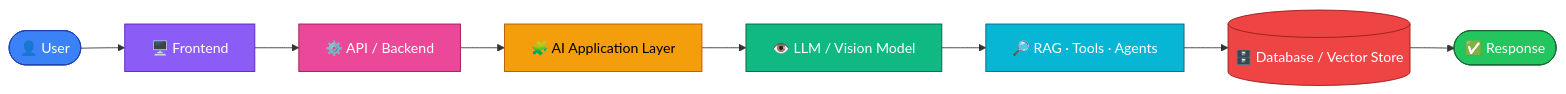
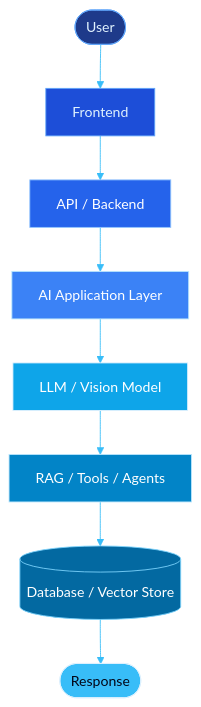
One commit to aurabydaniyal/aurabydaniyal changed the first of 3 diagrams in README.md. Above: the diagram before and after it, drawn with Mermaid. The commit also changed other lines of this file, not shown here.

````diff
--- a/README.md
+++ b/README.md
@@ -290,19 +246,20 @@
 ```mermaid
-flowchart LR
-    A([👤 User]) --> B[🖥️ Frontend]
-    B --> C[⚙️ API / Backend]
-    C --> D[🧩 AI Application Layer]
-    D --> E[👁️ LLM / Vision Model]
-    E --> F[🔎 RAG · Tools · Agents]
-    F --> G[(🗄️ Database / Vector Store)]
-    G --> H([✅ Response])
+%%{init: {'theme':'base','themeVariables':{'primaryColor':'#0B1B4D','primaryTextColor':'#E0F2FE','primaryBorderColor':'#38BDF8','lineColor':'#38BDF8','fontFamily':'monospace'}}}%%
+flowchart TD
+    A([User]) --> B[Frontend]
+    B --> C[API / Backend]
+    C --> D[AI Application Layer]
+    D --> E[LLM / Vision Model]
+    E --> F[RAG / Tools / Agents]
+    F --> G[(Database / Vector Store)]
+    G --> H([Response])
 
-    style A fill:#3B82F6,stroke:#1E40AF,color:#fff
-    style B fill:#8B5CF6,stroke:#5B21B6,color:#fff
-    style C fill:#EC4899,stroke:#9D174D,color:#fff
-    style D fill:#F59E0B,stroke:#B45309,color:#000
-    style E fill:#10B981,stroke:#065F46,color:#fff
-    style F fill:#06B6D4,stroke:#155E75,color:#fff
-    style G fill:#EF4444,stroke:#991B1B,color:#fff
-    style H fill:#22C55E,stroke:#166534,color:#fff
+    style A fill:#1E3A8A,stroke:#60A5FA,color:#E0F2FE
+    style B fill:#1D4ED8,stroke:#60A5FA,color:#E0F2FE
+    style C fill:#2563EB,stroke:#93C5FD,color:#fff
+    style D fill:#3B82F6,stroke:#BAE6FD,color:#fff
+    style E fill:#0EA5E9,stroke:#E0F2FE,color:#fff
+    style F fill:#0284C7,stroke:#BAE6FD,color:#fff
+    style G fill:#0369A1,stroke:#7DD3FC,color:#fff
+    style H fill:#38BDF8,stroke:#E0F2FE,color:#020617
 ```
````
